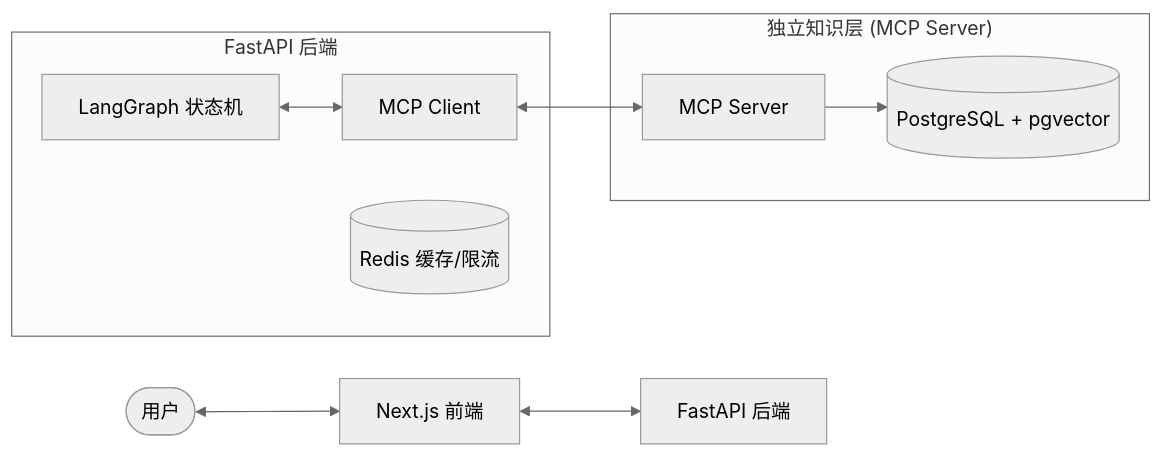
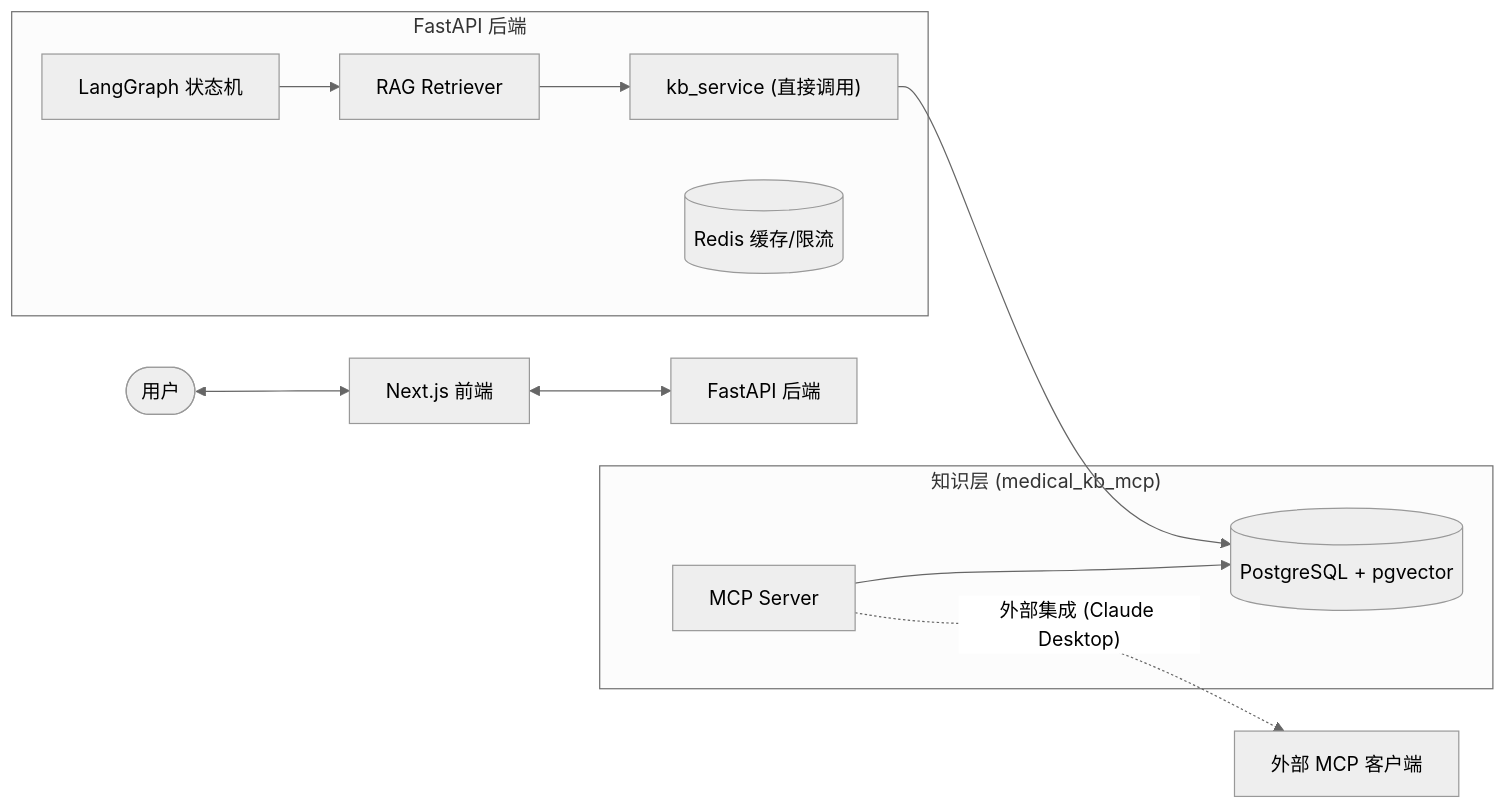
Before and after one commit to zhouben-110/Medical-treatment--agent: the first of 2 diagrams in README.md, drawn with Mermaid (neutral theme). The commit also changed other lines of this file and 15 other files, not shown here.

````diff
--- a/README.md
+++ b/README.md
@@ -94,13 +99,15 @@
 ```mermaid
 graph LR
     User([用户]) <--> NextJS[Next.js 前端]
     NextJS <--> FastAPI[FastAPI 后端]
     subgraph FastAPI_Backend ["FastAPI 后端"]
-        LangGraph[LangGraph 状态机] <--> MCP[MCP Client]
+        LangGraph[LangGraph 状态机] --> Retriever[RAG Retriever]
+        Retriever --> KB["kb_service (直接调用)"]
         Redis[("Redis 缓存/限流")]
     end
-    subgraph Knowledge_Layer ["独立知识层 (MCP Server)"]
-        MCPServer[MCP Server] --> DB[("PostgreSQL + pgvector")]
+    subgraph Knowledge_Layer ["知识层 (medical_kb_mcp)"]
+        KB --> DB[("PostgreSQL + pgvector")]
+        MCPServer[MCP Server] --> DB
     end
-    MCP <--> MCPServer
+    MCPServer -.->|"外部集成 (Claude Desktop)"| EXT[外部 MCP 客户端]
 ```
````
